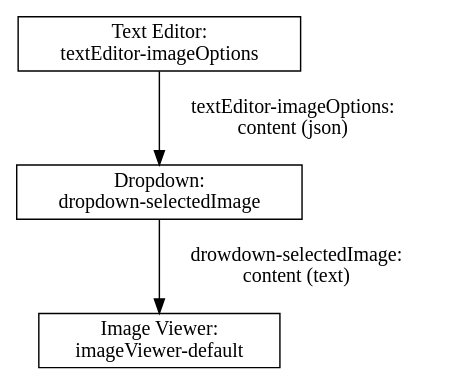
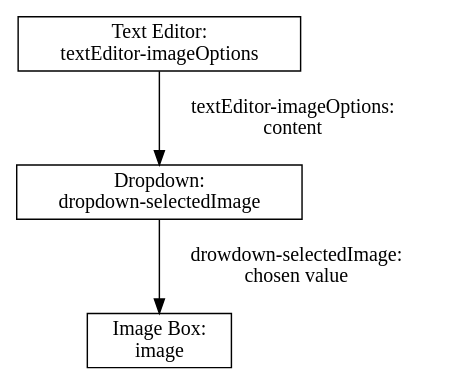
The diagram in docs/tutorials/hello-world.md (inseri-swiss/inseri-core-wp), drawn with Graphviz before and after one commit. The commit also changed other lines of this file and 6 other files, not shown here.

````diff
--- a/docs/tutorials/hello-world.md
+++ b/docs/tutorials/hello-world.md
@@ -61,11 +83,11 @@
 ```dot
 digraph G {
-    textEditor_imageOptions -> dropdown_selectedImage [label="textEditor-imageOptions: \n content (json)"];
-    dropdown_selectedImage -> imageViewer_unnamed [label="drowdown-selectedImage: \n content (text)"];
+    textEditor_imageOptions -> dropdown_selectedImage [label="textEditor-imageOptions: \n content"];
+    dropdown_selectedImage -> imageViewer_unnamed [label="drowdown-selectedImage: \n chosen value"];
 
     textEditor_imageOptions [shape=rect; label="Text Editor: \n textEditor-imageOptions"];
     dropdown_selectedImage [shape=rect; label="Dropdown: \n dropdown-selectedImage"];
-    imageViewer_unnamed [shape=rect; label="Image Viewer: \n imageViewer-default"];
+    imageViewer_unnamed [shape=rect; label="Image Box: \n image"];
   }
 
 ```
````
